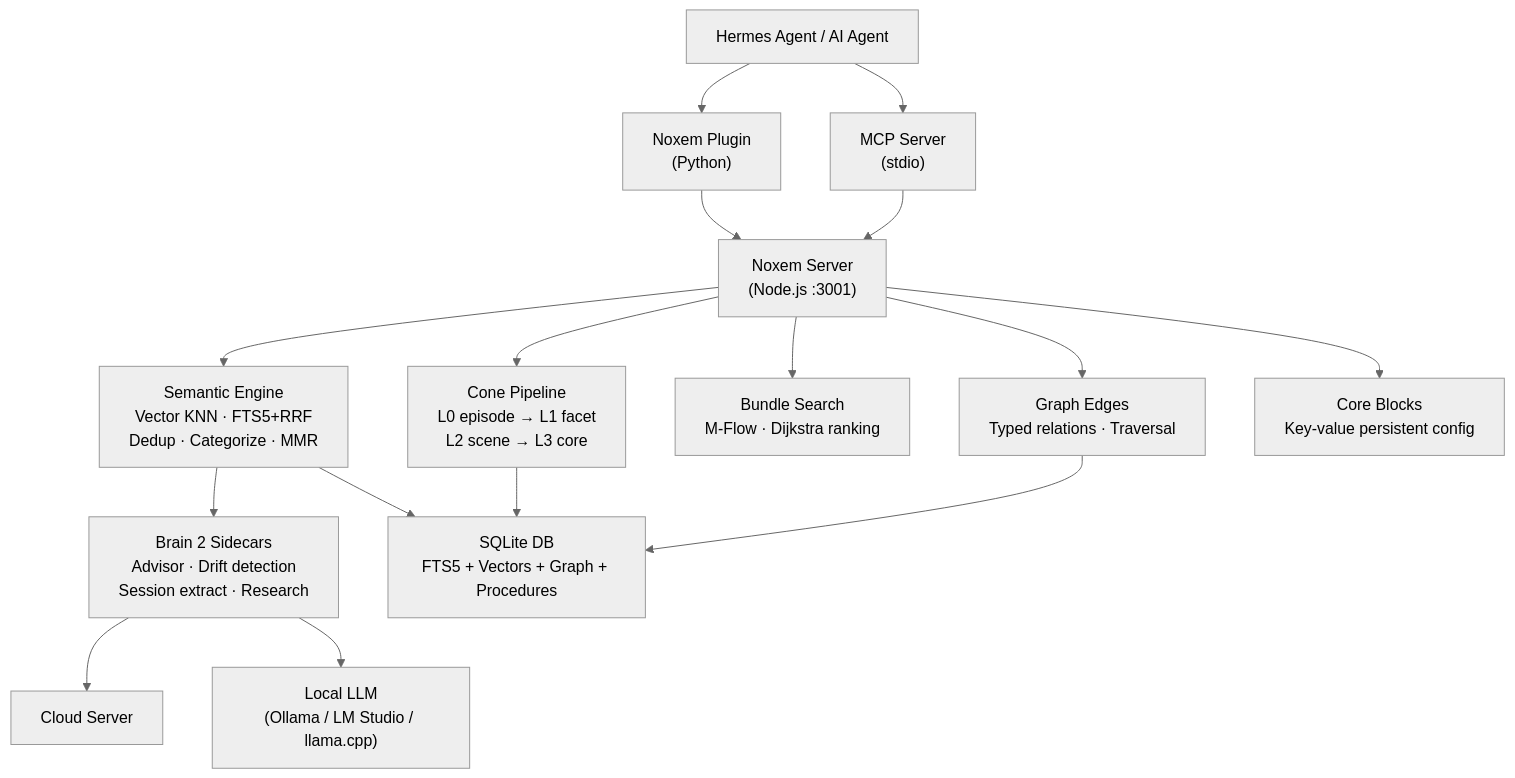
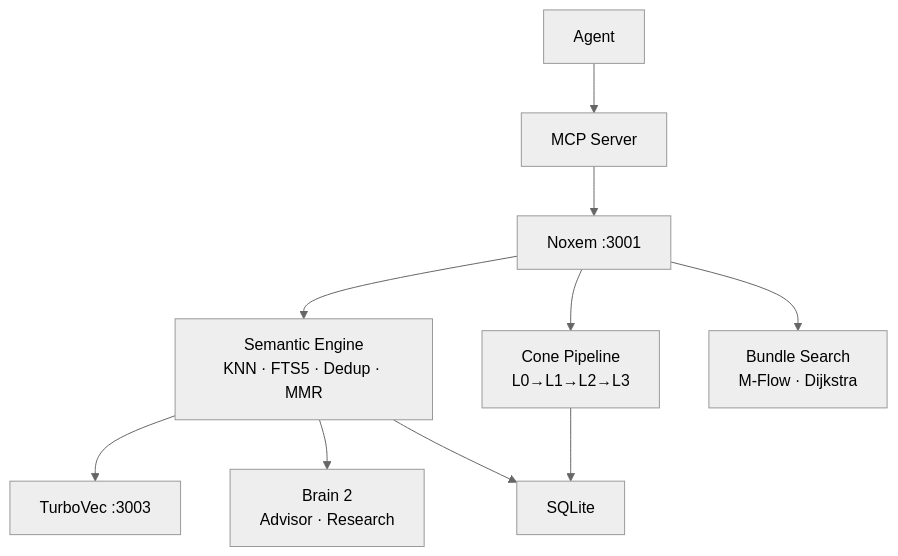
The first of 2 diagrams in README.md (LVT382009/noxem), drawn with Mermaid (neutral theme) before and after one commit. The commit also changed other lines of this file, not shown here.

First line of the commit message:
docs: rewrite README with concise structure, remove FreeLLM refs

````diff
--- a/README.md
+++ b/README.md
@@ -223,32 +48,19 @@
 ```mermaid
 graph TD
-    Agent["Hermes Agent / AI Agent"]
-    Plugin["Noxem Plugin<br/>(Python)"]
-    MCP["MCP Server<br/>(stdio)"]
-    Server["Noxem Server<br/>(Node.js :3001)"]
-    Semantic["Semantic Engine<br/>Vector KNN · FTS5+RRF<br/>Dedup · Categorize · MMR"]
-    Cone["Cone Pipeline<br/>L0 episode → L1 facet<br/>L2 scene → L3 core"]
-    Bundle["Bundle Search<br/>M-Flow · Dijkstra ranking"]
-    Graph["Graph Edges<br/>Typed relations · Traversal"]
-    Core["Core Blocks<br/>Key-value persistent config"]
-    Brain2["Brain 2 Sidecars<br/>Advisor · Drift detection<br/>Session extract · Research"]
-    SQLite["SQLite DB<br/>FTS5 + Vectors + Graph + Procedures"]
-    Cloud["Cloud Server"]
-    Local["Local LLM<br/>(Ollama / LM Studio / llama.cpp)"]
+    Agent["Agent"]
+    MCP["MCP Server"]
+    Server["Noxem :3001"]
+    Semantic["Semantic Engine<br/>KNN · FTS5 · Dedup · MMR"]
+    Cone["Cone Pipeline<br/>L0→L1→L2→L3"]
+    Bundle["Bundle Search<br/>M-Flow · Dijkstra"]
+    Brain2["Brain 2<br/>Advisor · Research"]
+    TurboVec["TurboVec :3003"]
+    SQLite["SQLite"]
 
-    Agent --> Plugin
-    Agent --> MCP
-    Plugin --> Server
-    MCP --> Server
-    Server --> Semantic
-    Server --> Cone
+    Agent --> MCP --> Server
+    Server --> Semantic --> TurboVec
+    Server --> Cone --> SQLite
     Server --> Bundle
-    Server --> Graph
-    Server --> Core
     Semantic --> Brain2
-    Brain2 --> Cloud
-    Brain2 --> Local
-    Cone --> SQLite
     Semantic --> SQLite
-    Graph --> SQLite
 ```
````
